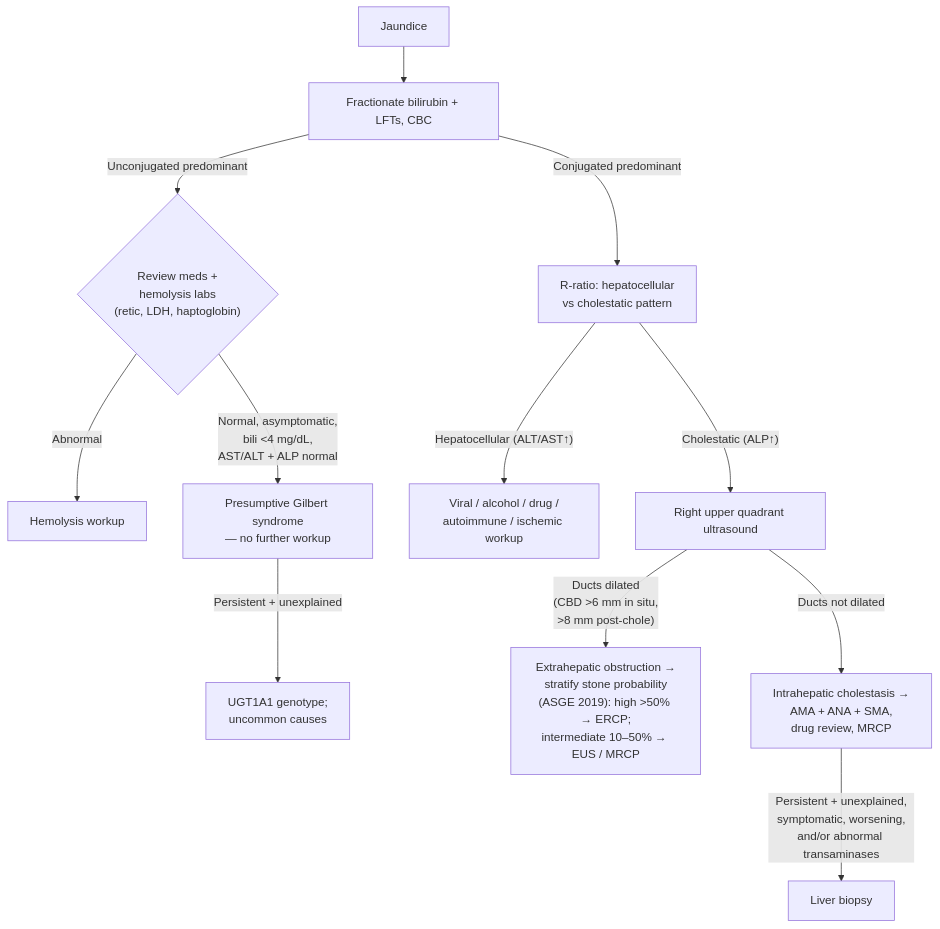
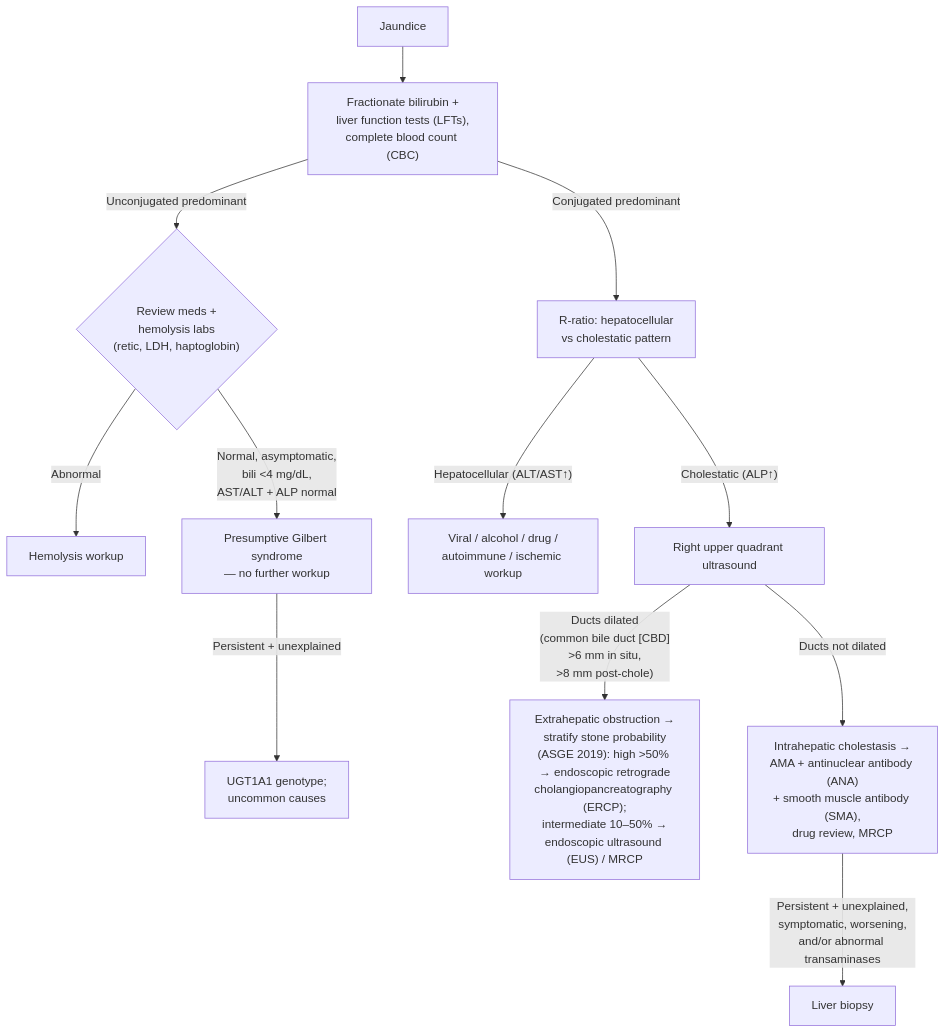
One commit to KHNickLeMD/KHNL-GI-Wiki changed the diagram in KHNL-GI-Wiki/wiki/2-diagnostic-schemas/jaundice.md. Above: the diagram before and after it, drawn with Mermaid. The commit also changed other lines of this file and 620 other files, not shown here.

````diff
--- a/KHNL-GI-Wiki/wiki/2-diagnostic-schemas/jaundice.md
+++ b/KHNL-GI-Wiki/wiki/2-diagnostic-schemas/jaundice.md
@@ -74,14 +74,14 @@
 ```mermaid
 flowchart TD
-    A["Jaundice"] --> B["Fractionate bilirubin + LFTs, CBC"]
+    A["Jaundice"] --> B["Fractionate bilirubin +<br/>liver function tests (LFTs),<br/>complete blood count (CBC)"]
     B -->|"Unconjugated predominant"| C{"Review meds +<br/>hemolysis labs<br/>(retic, LDH, haptoglobin)"}
     C -->|"Abnormal"| D["Hemolysis workup"]
     C -->|"Normal, asymptomatic,<br/>bili <4 mg/dL,<br/>AST/ALT + ALP normal"| E["Presumptive Gilbert syndrome<br/>— no further workup"]
     E -->|"Persistent + unexplained"| E2["UGT1A1 genotype;<br/>uncommon causes"]
     B -->|"Conjugated predominant"| F["R-ratio: hepatocellular<br/>vs cholestatic pattern"]
     F -->|"Hepatocellular (ALT/AST↑)"| G["Viral / alcohol / drug /<br/>autoimmune / ischemic workup"]
     F -->|"Cholestatic (ALP↑)"| H["Right upper quadrant ultrasound"]
-    H -->|"Ducts dilated<br/>(CBD >6 mm in situ,<br/>>8 mm post-chole)"| I["Extrahepatic obstruction →<br/>stratify stone probability<br/>(ASGE 2019): high >50% → ERCP;<br/>intermediate 10–50% → EUS / MRCP"]
-    H -->|"Ducts not dilated"| J["Intrahepatic cholestasis →<br/>AMA + ANA + SMA,<br/>drug review, MRCP"]
+    H -->|"Ducts dilated<br/>(common bile duct [CBD]<br/>>6 mm in situ,<br/>>8 mm post-chole)"| I["Extrahepatic obstruction →<br/>stratify stone probability<br/>(ASGE 2019): high >50% → endoscopic retrograde<br/>cholangiopancreatography (ERCP);<br/>intermediate 10–50% →<br/>endoscopic ultrasound (EUS) / MRCP"]
+    H -->|"Ducts not dilated"| J["Intrahepatic cholestasis →<br/>AMA + antinuclear antibody (ANA)<br/>+ smooth muscle antibody (SMA),<br/>drug review, MRCP"]
     J -->|"Persistent + unexplained,<br/>symptomatic, worsening,<br/>and/or abnormal transaminases"| K["Liver biopsy"]
 ```
````
